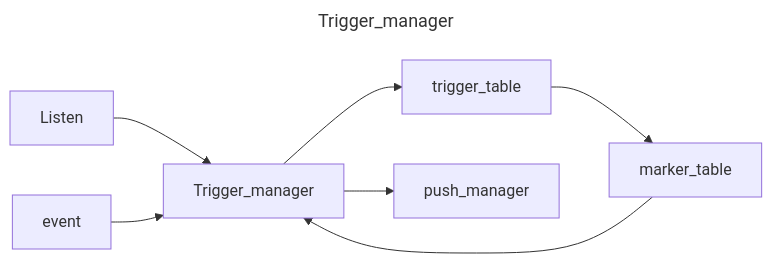
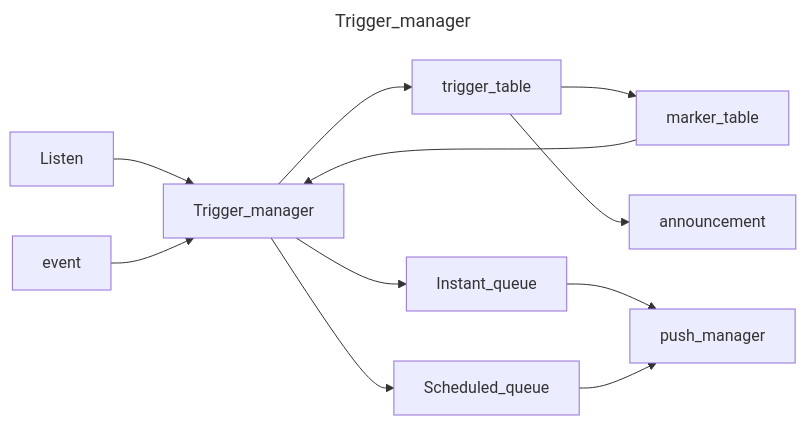
Before and after one commit to redeyehare/framework: the third of 6 diagrams in docment/开发记录.md, drawn with Mermaid. The commit also changed other lines of this file, not shown here.

````diff
--- a/docment/开发记录.md
+++ b/docment/开发记录.md
@@ -115,10 +152,11 @@
 ```mermaid
 ---
 title: Trigger_manager
 ---
 graph LR
 Listen-->Trigger_manager
 event-->Trigger_manager-->trigger_table-->marker_table-->Trigger_manager
-Trigger_manager-->push_manager
-
+trigger_table-->announcement
+Trigger_manager-->Instant_queue-->push_manager
+Trigger_manager-->Scheduled_queue-->push_manager
 ```
````
